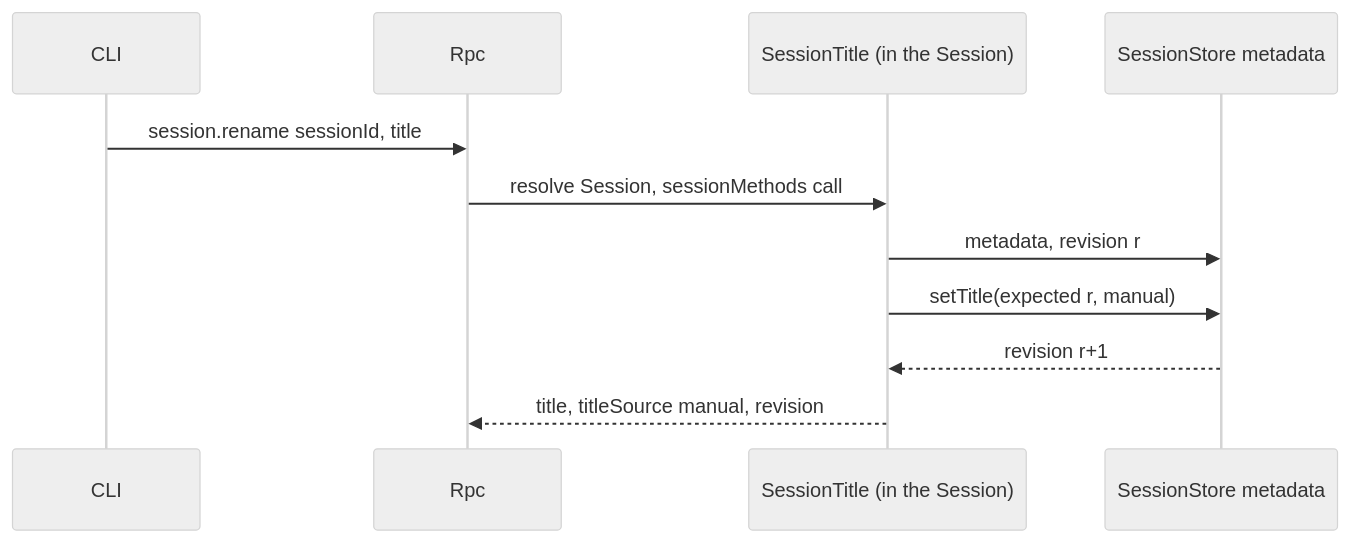
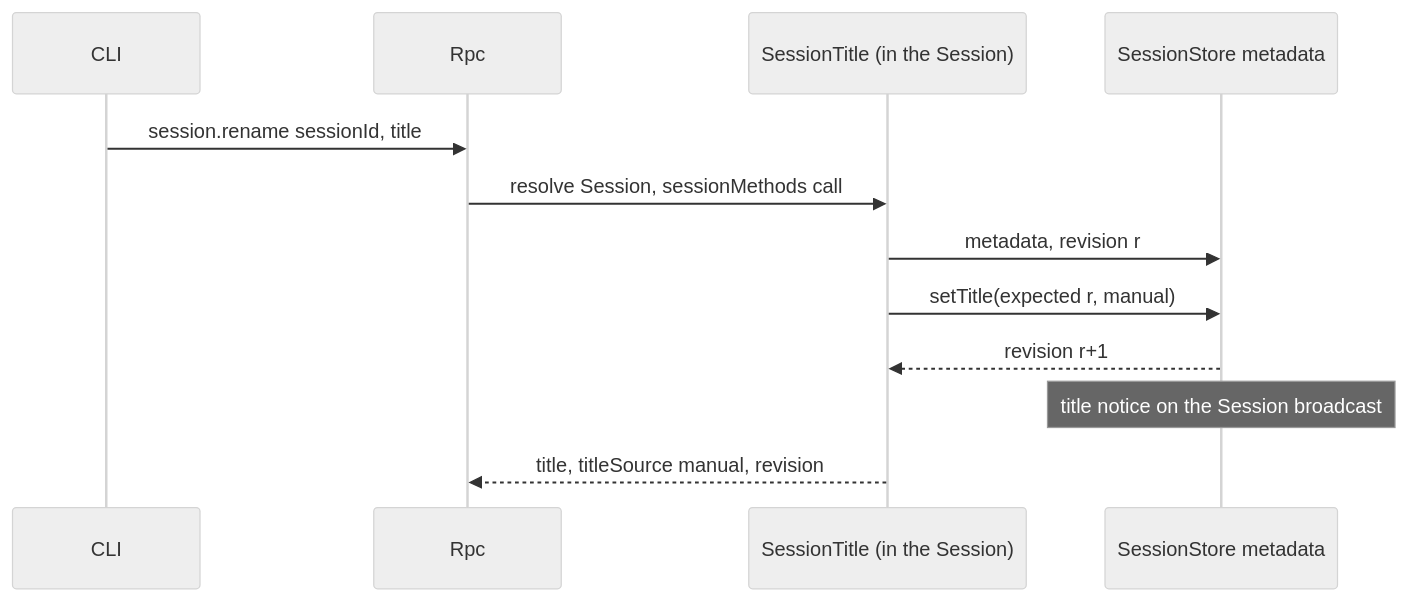
The fourth of 5 diagrams in docs/design/plugins/SessionTitle.md (CoutinhoTTS/dim-agent), drawn with Mermaid (neutral theme) before and after one commit. The commit also changed other lines of this file and 42 other files, not shown here.

````diff
--- a/docs/design/plugins/SessionTitle.md
+++ b/docs/design/plugins/SessionTitle.md
@@ -89,13 +91,14 @@
 ```mermaid
 sequenceDiagram
   participant CLI
   participant Rpc
   participant ST as SessionTitle (in the Session)
   participant Meta as SessionStore metadata
   CLI->>Rpc: session.rename sessionId, title
   Rpc->>ST: resolve Session, sessionMethods call
   ST->>Meta: metadata, revision r
   ST->>Meta: setTitle(expected r, manual)
   Meta-->>ST: revision r+1
+  Note over Meta: title notice on the Session broadcast
   ST-->>Rpc: title, titleSource manual, revision
 ```
````
